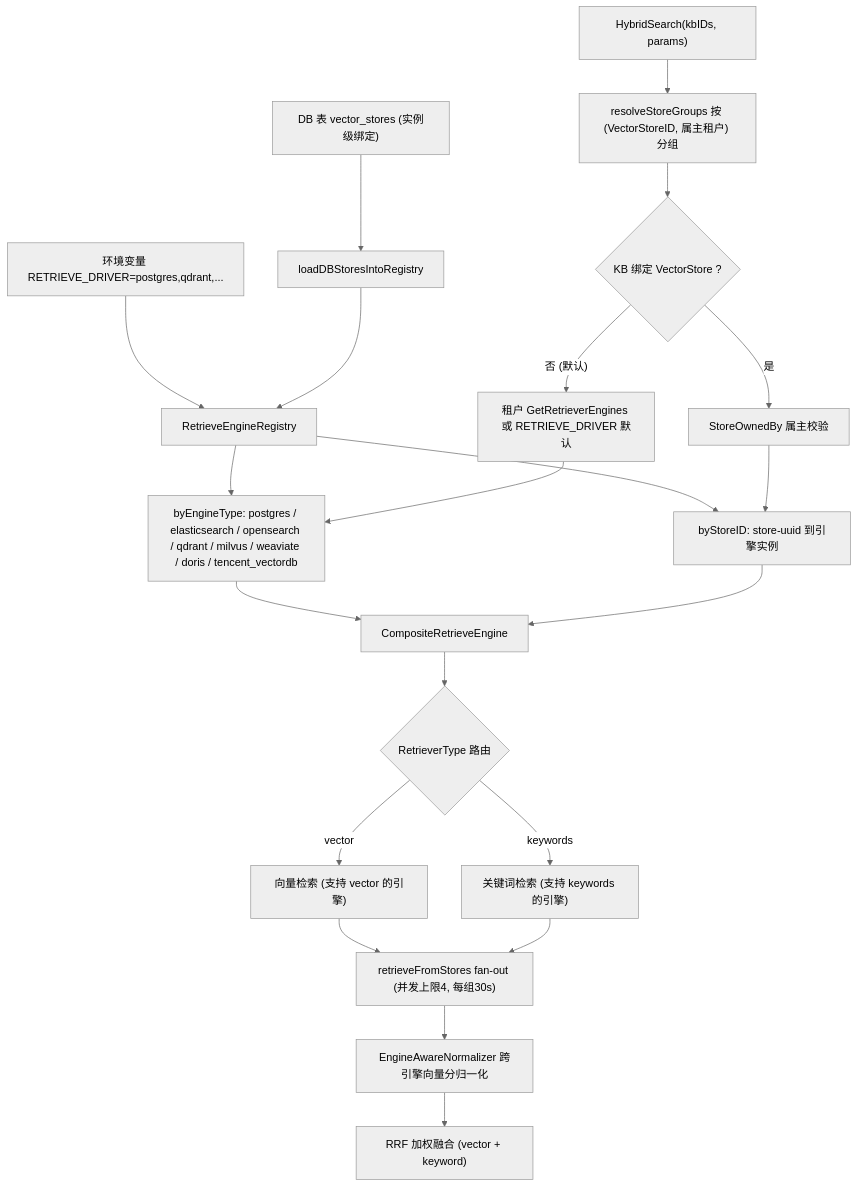
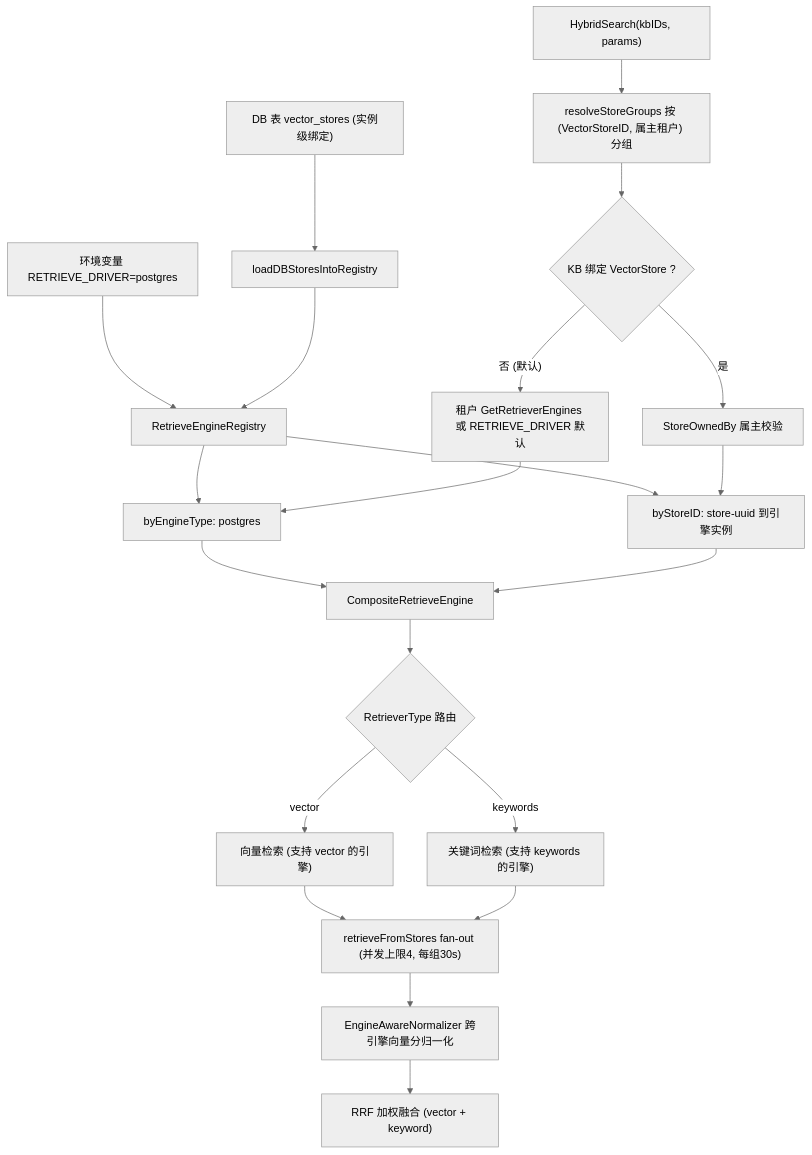
The first of 2 diagrams in website-docs/03-features/05-retrieval-engines.md (magicyuan876/Yuheng), drawn with Mermaid (neutral theme) before and after one commit. The commit also changed other lines of this file and 37 other files, not shown here.

````diff
--- a/website-docs/03-features/05-retrieval-engines.md
+++ b/website-docs/03-features/05-retrieval-engines.md
@@ -59,24 +56,24 @@
 ```mermaid
 flowchart TD
-    ENV["环境变量 RETRIEVE_DRIVER=postgres,qdrant,..."] --> REG
+    ENV["环境变量 RETRIEVE_DRIVER=postgres"] --> REG
     DB["DB 表 vector_stores (实例级绑定)"] --> LOAD["loadDBStoresIntoRegistry"]
     LOAD --> REG["RetrieveEngineRegistry"]
-    REG --> BET["byEngineType: postgres / elasticsearch / opensearch / qdrant / milvus / weaviate / doris / tencent_vectordb"]
+    REG --> BET["byEngineType: postgres"]
     REG --> BSI["byStoreID: store-uuid 到引擎实例"]
 
     Q["HybridSearch(kbIDs, params)"] --> GRP["resolveStoreGroups 按 (VectorStoreID, 属主租户) 分组"]
     GRP --> F1{"KB 绑定 VectorStore ?"}
     F1 -- "否 (默认)" --> TEN["租户 GetRetrieverEngines 或 RETRIEVE_DRIVER 默认"]
     TEN --> BET
     F1 -- "是" --> OWN["StoreOwnedBy 属主校验"]
     OWN --> BSI
     BET --> COMP["CompositeRetrieveEngine"]
     BSI --> COMP
     COMP --> RT{"RetrieverType 路由"}
     RT -- "vector" --> VE["向量检索 (支持 vector 的引擎)"]
     RT -- "keywords" --> KE["关键词检索 (支持 keywords 的引擎)"]
     VE --> FAN["retrieveFromStores fan-out (并发上限4, 每组30s)"]
     KE --> FAN
     FAN --> NORM["EngineAwareNormalizer 跨引擎向量分归一化"]
     NORM --> RRF["RRF 加权融合 (vector + keyword)"]
 ```
````
